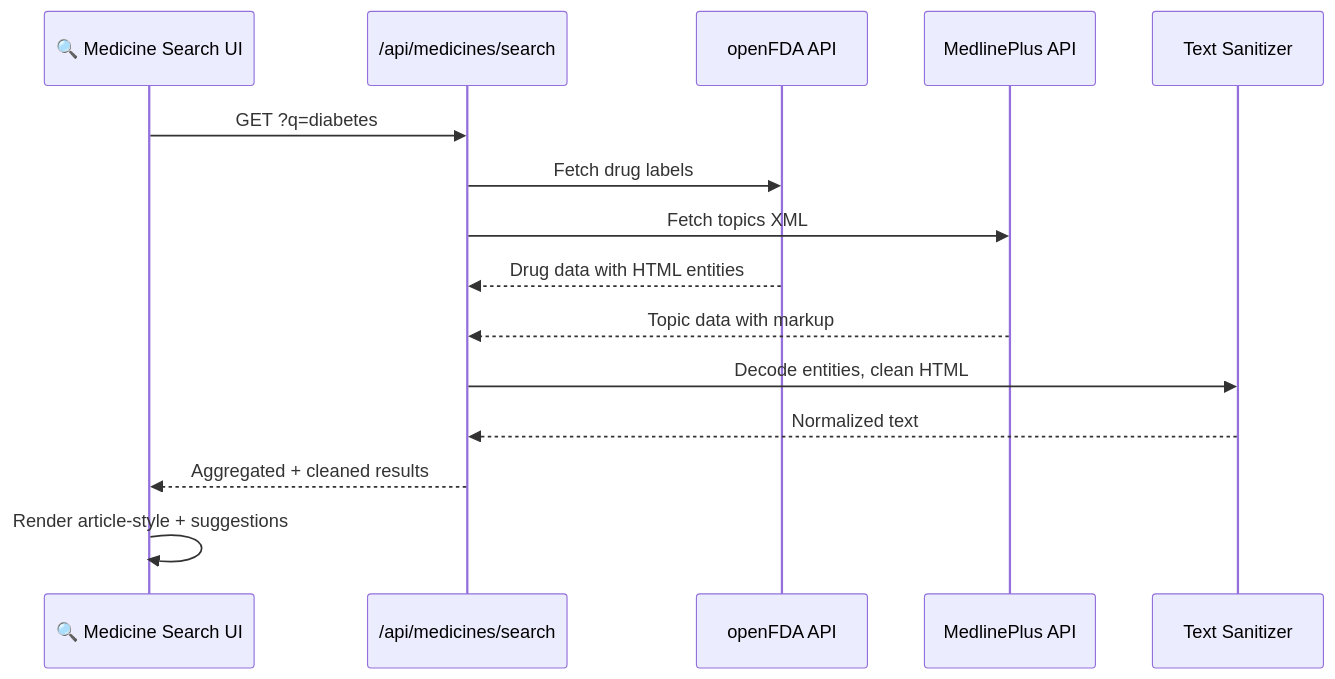
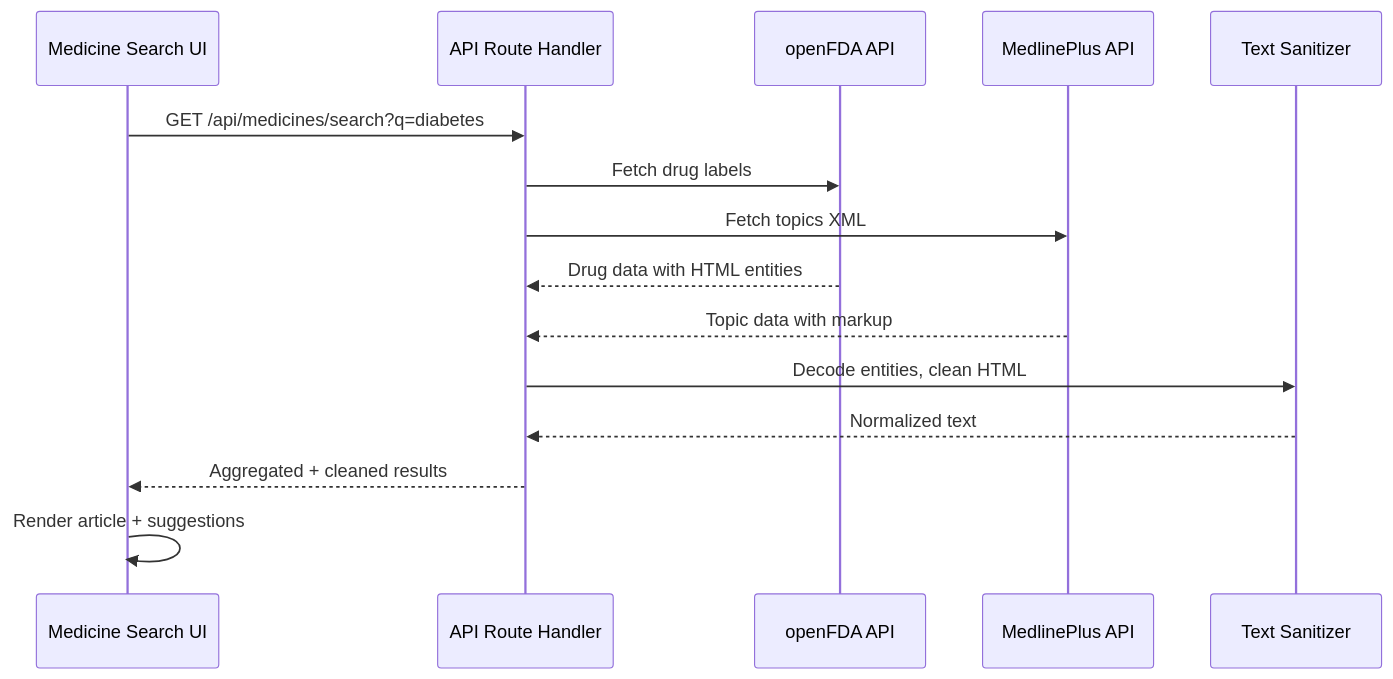
Before and after one commit to AkshayPratapSingh333/medispherev7: the fourth of 7 diagrams in medisphere-app/README.md, drawn with Mermaid. The commit also changed other lines of this file, not shown here.

Commit message:
Medicine and Disease Search using openFDA and MedlinePlus and README

````diff
--- a/medisphere-app/README.md
+++ b/medisphere-app/README.md
@@ -581,18 +581,18 @@
 ```mermaid
 sequenceDiagram
-    participant UI as 🔍 Medicine Search UI
-    participant API as /api/medicines/search
+    participant UI as Medicine Search UI
+    participant API as API Route Handler
     participant OpenFDA as openFDA API
     participant MedlinePlus as MedlinePlus API
     participant Sanitizer as Text Sanitizer
 
-    UI->>API: GET ?q=diabetes
+    UI->>API: GET /api/medicines/search?q=diabetes
     API->>OpenFDA: Fetch drug labels
     API->>MedlinePlus: Fetch topics XML
     OpenFDA-->>API: Drug data with HTML entities
     MedlinePlus-->>API: Topic data with markup
     API->>Sanitizer: Decode entities, clean HTML
     Sanitizer-->>API: Normalized text
     API-->>UI: Aggregated + cleaned results
-    UI->>UI: Render article-style + suggestions
+    UI->>UI: Render article + suggestions
 ```
````
